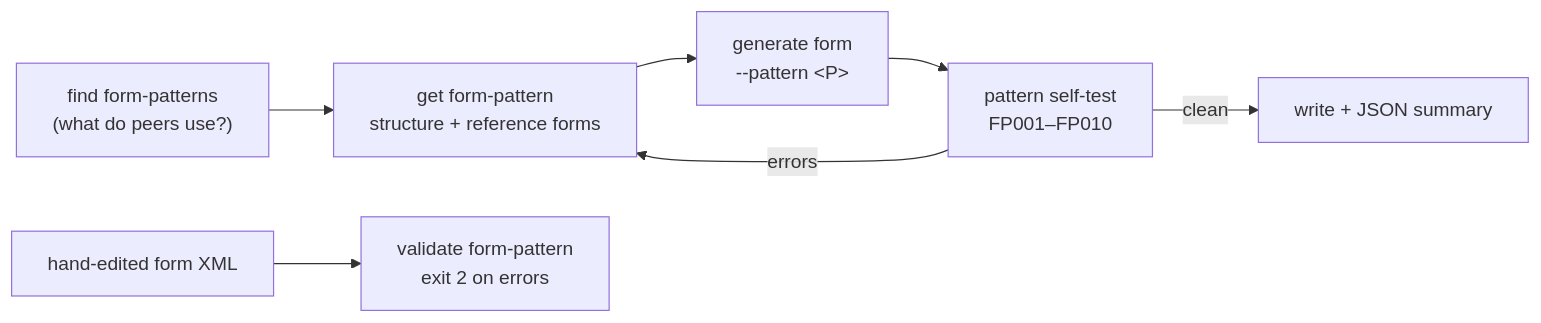
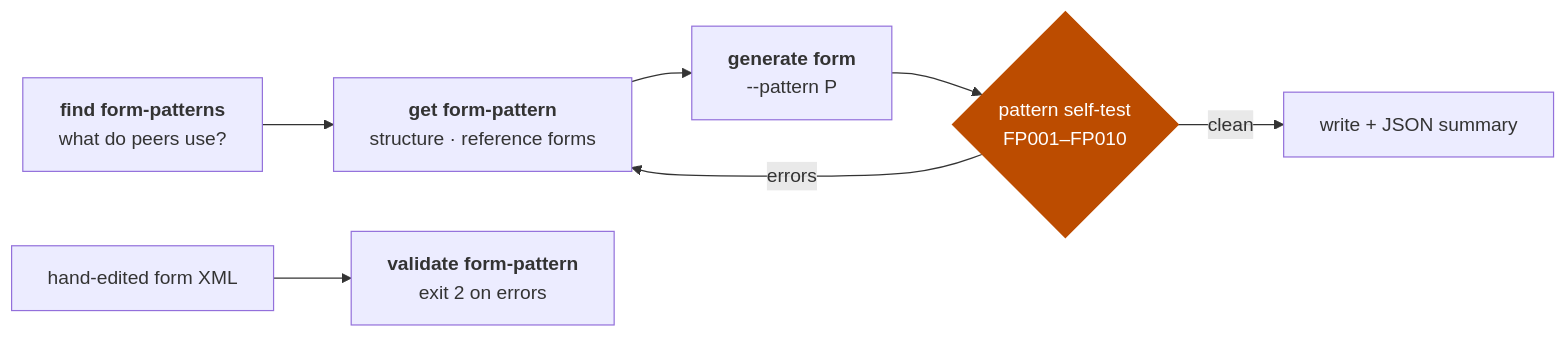
The second of 3 diagrams in README.md (dynamics365ninja/d365fo-cli), drawn with Mermaid before and after one commit. The commit also changed other lines of this file and 27 other files, not shown here.

````diff
--- a/README.md
+++ b/README.md
@@ -56,9 +94,12 @@
 ```mermaid
 flowchart LR
-    A["find form-patterns<br/>(what do peers use?)"] --> B["get form-pattern<br/>structure + reference forms"]
-    B --> C["generate form<br/>--pattern &lt;P&gt;"]
-    C --> D["pattern self-test<br/>FP001–FP010"]
-    D -->|clean| E["write + JSON summary"]
-    D -->|errors| B
-    F["hand-edited form XML"] --> G["validate form-pattern<br/>exit 2 on errors"]
+    A["<b>find form-patterns</b><br/>what do peers use?"] --> B["<b>get form-pattern</b><br/>structure · reference forms"]
+    B --> C["<b>generate form</b><br/>--pattern P"]
+    C --> D{"pattern self-test<br/>FP001–FP010"}
+    D -- "errors" --> B
+    D -- "clean" --> E["write + JSON summary"]
+    F["hand-edited form XML"] --> G["<b>validate form-pattern</b><br/>exit 2 on errors"]
+
+    classDef gate fill:#bc4c00,stroke:#bc4c00,color:#ffffff
+    class D gate
 ```
````
